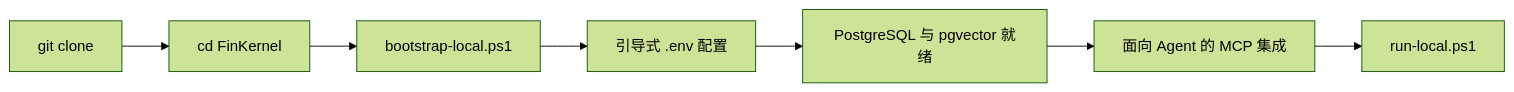
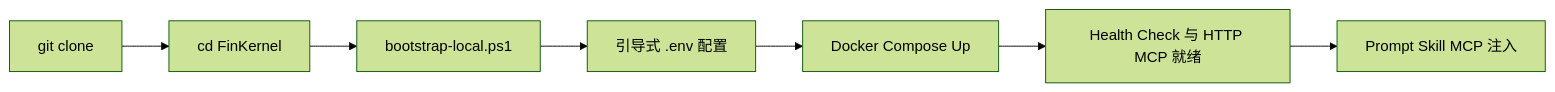
The second of 2 diagrams in docs/readme_lang/README.zh-CN.md (JiwenS/FinKernel), drawn with Mermaid (forest theme) before and after one commit. The commit also changed other lines of this file and 17 other files, not shown here.

````diff
--- a/docs/readme_lang/README.zh-CN.md
+++ b/docs/readme_lang/README.zh-CN.md
@@ -119,9 +130,9 @@
 ```mermaid
 flowchart LR
     A[git clone] --> B[cd FinKernel]
     B --> C[bootstrap-local.ps1]
     C --> D[引导式 .env 配置]
-    D --> E[PostgreSQL 与 pgvector 就绪]
-    E --> F[面向 Agent 的 MCP 集成]
-    F --> G[run-local.ps1]
+    D --> E[Docker Compose Up]
+    E --> F[Health Check 与 HTTP MCP 就绪]
+    F --> G[Prompt Skill MCP 注入]
 ```
````
